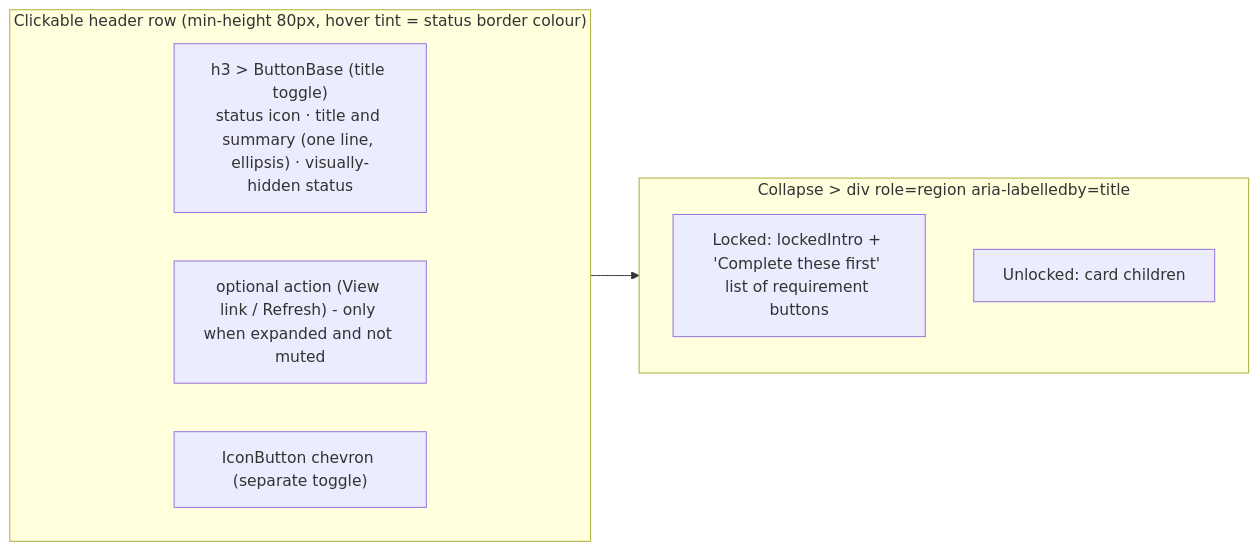
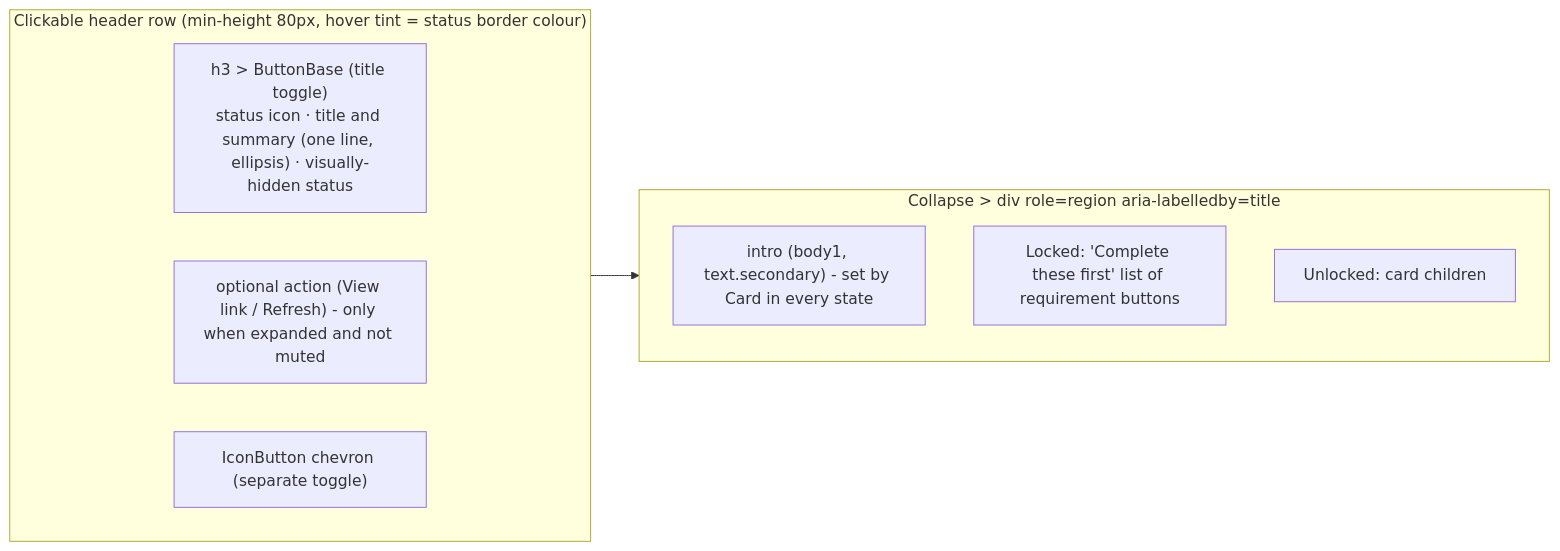
One commit to ZenMe-AU/ZenbloxCore changed the fourth of 9 diagrams in zeninstallerPvt/ui/UI_UX.md. Above: the diagram before and after it, drawn with Mermaid. The commit also changed other lines of this file and 37 other files, not shown here.

````diff
--- a/zeninstallerPvt/ui/UI_UX.md
+++ b/zeninstallerPvt/ui/UI_UX.md
@@ -129,14 +129,15 @@
 ```mermaid
 flowchart LR
   subgraph Header["Clickable header row (min-height 80px, hover tint = status border colour)"]
     direction LR
     H3["h3 > ButtonBase (title toggle)<br/>status icon · title and summary (one line, ellipsis) · visually-hidden status"]
     Action["optional action (View link / Refresh) - only when expanded and not muted"]
     Chev["IconButton chevron (separate toggle)"]
   end
   subgraph Body["Collapse > div role=region aria-labelledby=title"]
-    Locked["Locked: lockedIntro + 'Complete these first' list of requirement buttons"]
+    Intro["intro (body1, text.secondary) - set by Card in every state"]
+    Locked["Locked: 'Complete these first' list of requirement buttons"]
     Unlocked["Unlocked: card children"]
   end
   Header --> Body
 ```
````
